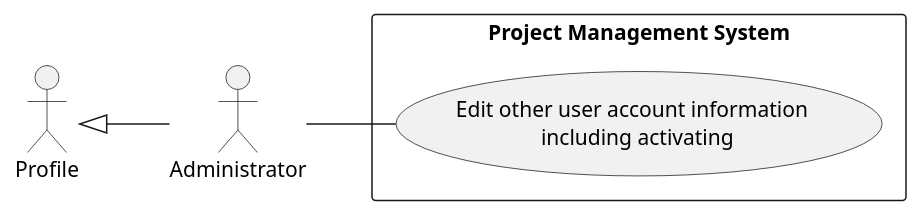
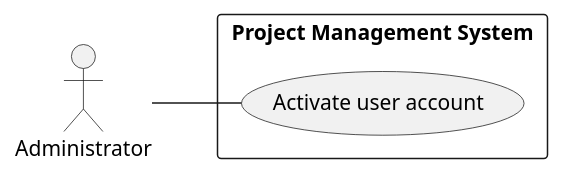
One commit to ivo-menezes/project_g3 changed the diagram in docs/modelling_design/user_stories/us006/US006_ActivateUserAccountUCD.puml. Above: the diagram before and after it, drawn with PlantUML.

Commit message:
US006: Analysis: Change in UCD(Update)

```diff
--- a/docs/modelling_design/user_stories/us006/US006_ActivateUserAccountUCD.puml
+++ b/docs/modelling_design/user_stories/us006/US006_ActivateUserAccountUCD.puml
@@ -1,11 +1,10 @@
 @startuml
 left to right direction
-
-Profile <|-- :Administrator:
+"Administrator"
 
 rectangle "Project Management System"{
 :Administrator: as Administrator
-Administrator -- (Edit other user account information \n including activating)
+Administrator -- (Activate user account)
 }
 
 @enduml
```
